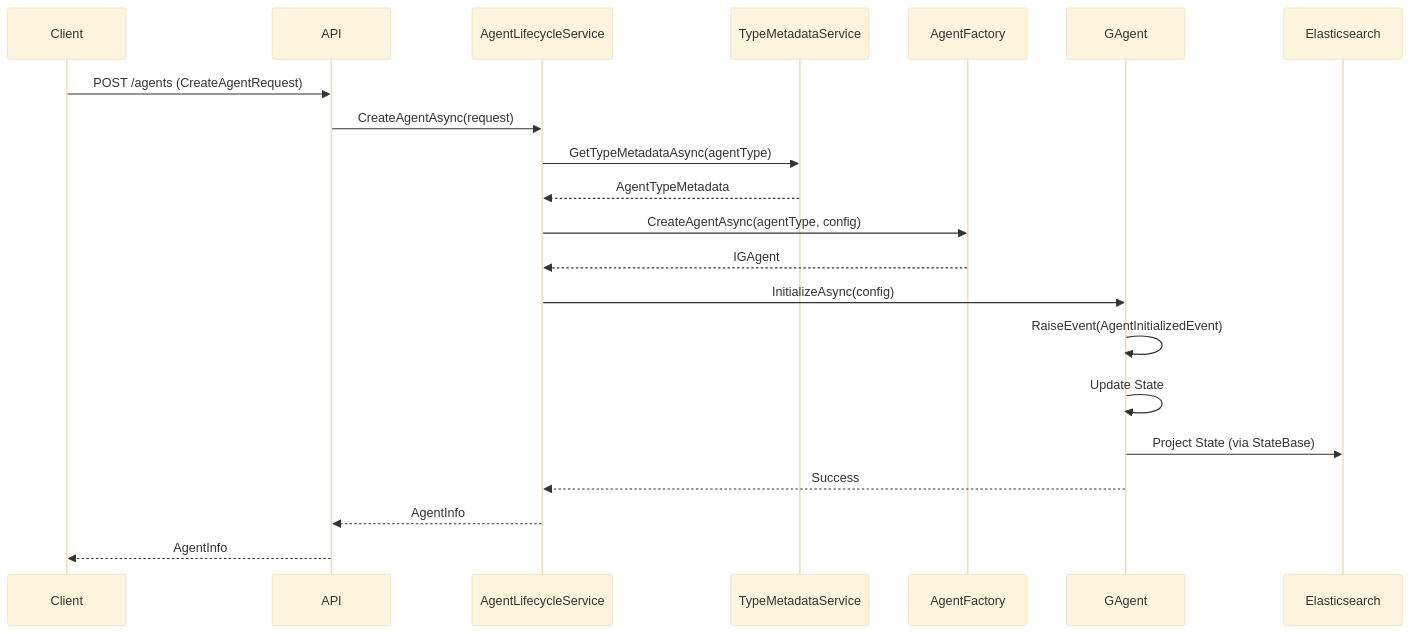
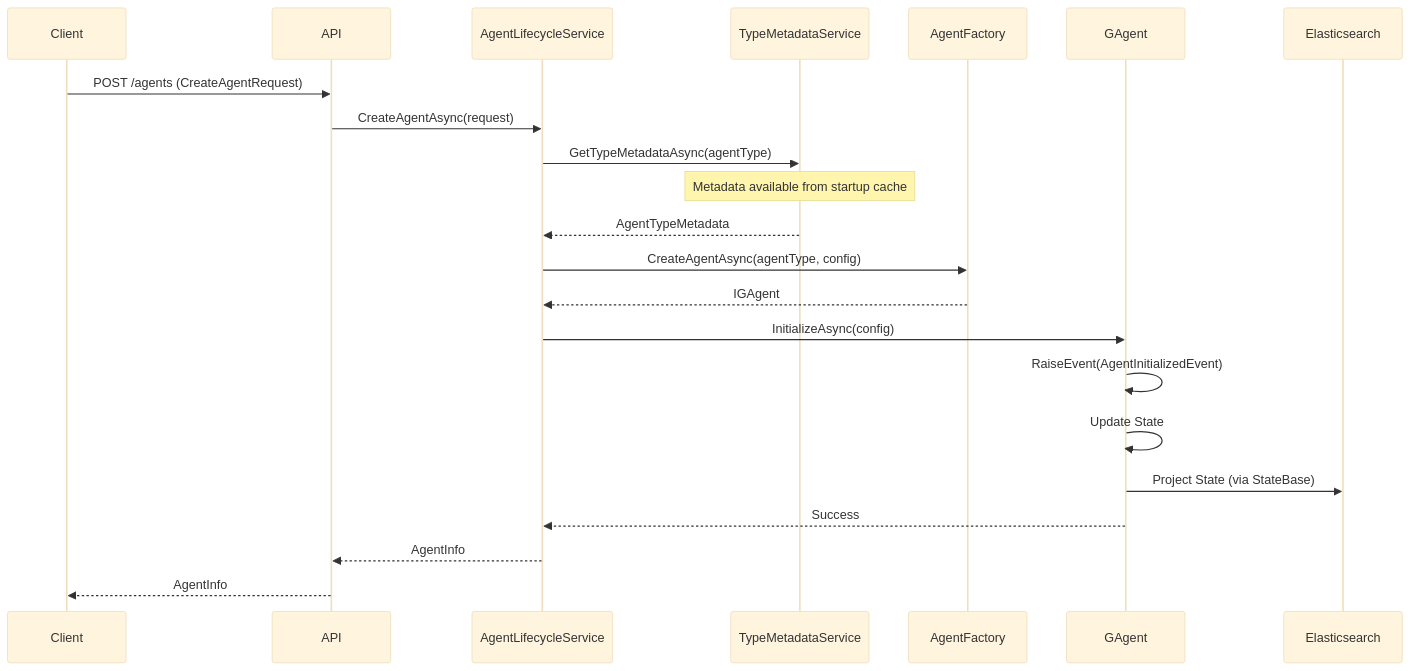
Before and after one commit to aevatarAI/aevatar-station: the third of 6 diagrams in Agent-Management-Architecture-Proposal.md, drawn with Mermaid (base theme). The commit also changed other lines of this file and 1 other file, not shown here.

First line of the commit message:
docs: update architecture with TypeMetadataService startup initialization

````diff
--- a/Agent-Management-Architecture-Proposal.md
+++ b/Agent-Management-Architecture-Proposal.md
@@ -487,24 +585,25 @@
 ```mermaid
 sequenceDiagram
     participant Client
     participant API
     participant ALS as AgentLifecycleService
     participant TMS as TypeMetadataService
     participant AF as AgentFactory
     participant GA as GAgent
     participant ES as Elasticsearch
     
     Client->>API: POST /agents (CreateAgentRequest)
     API->>ALS: CreateAgentAsync(request)
     ALS->>TMS: GetTypeMetadataAsync(agentType)
+    Note over TMS: Metadata available from startup cache
     TMS-->>ALS: AgentTypeMetadata
     ALS->>AF: CreateAgentAsync(agentType, config)
     AF-->>ALS: IGAgent
     ALS->>GA: InitializeAsync(config)
     GA->>GA: RaiseEvent(AgentInitializedEvent)
     GA->>GA: Update State
     GA->>ES: Project State (via StateBase)
     GA-->>ALS: Success
     ALS-->>API: AgentInfo
     API-->>Client: AgentInfo
 ```
````
